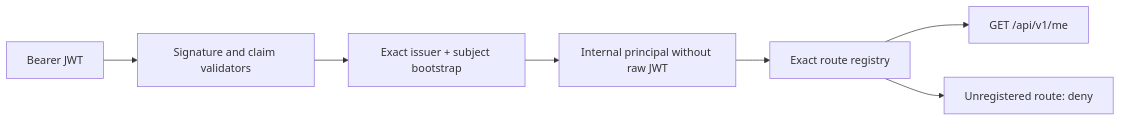
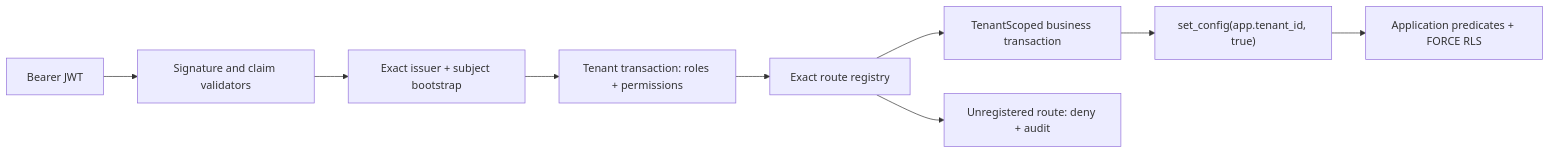
One commit to JasonTM17/AgriInsight changed the second of 2 diagrams in docs/system-architecture.md. Above: the diagram before and after it, drawn with Mermaid. The commit also changed other lines of this file and 6 other files, not shown here.

````diff
--- a/docs/system-architecture.md
+++ b/docs/system-architecture.md
@@ -43,9 +48,11 @@
 ```mermaid
 flowchart LR
     T["Bearer JWT"] --> V["Signature and claim validators"]
     V --> I["Exact issuer + subject bootstrap"]
-    I --> P["Internal principal without raw JWT"]
-    P --> R["Exact route registry"]
-    R --> M["GET /api/v1/me"]
-    R --> D["Unregistered route: deny"]
+    I --> E["Tenant transaction: roles + permissions"]
+    E --> R["Exact route registry"]
+    R --> B["TenantScoped business transaction"]
+    B --> C["set_config(app.tenant_id, true)"]
+    C --> P["Application predicates + FORCE RLS"]
+    R --> D["Unregistered route: deny + audit"]
 ```
````
